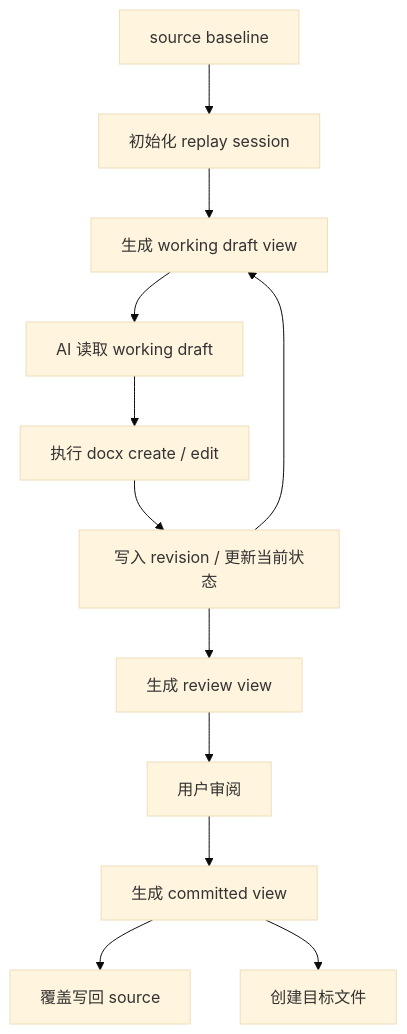
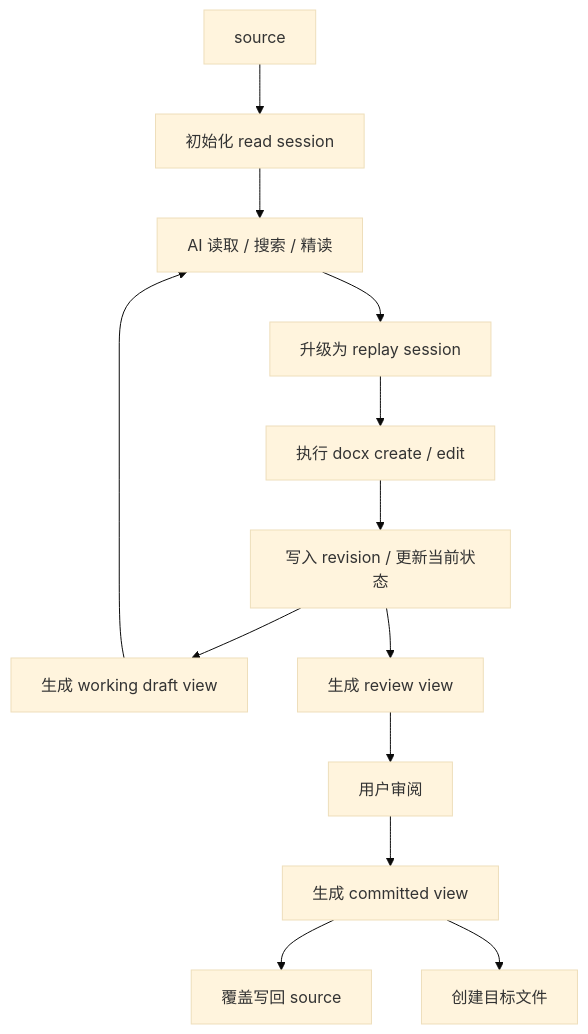
The first of 2 diagrams in doc/docx-design/data-definition-and-flow.md (Yoan98/Ncurator), drawn with Mermaid (base theme) before and after one commit. The commit also changed other lines of this file and 15 other files, not shown here.

````diff
--- a/doc/docx-design/data-definition-and-flow.md
+++ b/doc/docx-design/data-definition-and-flow.md
@@ -7,14 +7,15 @@
 ```mermaid
 flowchart TD
-    A["source baseline"] --> B["初始化 replay session"]
-    B --> C["生成 working draft view"]
-    C --> D["AI 读取 working draft"]
+    A["source"] --> B["初始化 read session"]
+    B --> C["AI 读取 / 搜索 / 精读"]
+    C --> D["升级为 replay session"]
     D --> E["执行 docx create / edit"]
     E --> F["写入 revision / 更新当前状态"]
-    F --> C
-    F --> G["生成 review view"]
-    G --> H["用户审阅"]
-    H --> I["生成 committed view"]
-    I --> J["覆盖写回 source"]
-    I --> K["创建目标文件"]
+    F --> G["生成 working draft view"]
+    G --> C
+    F --> H["生成 review view"]
+    H --> I["用户审阅"]
+    I --> J["生成 committed view"]
+    J --> K["覆盖写回 source"]
+    J --> L["创建目标文件"]
 ```
````
